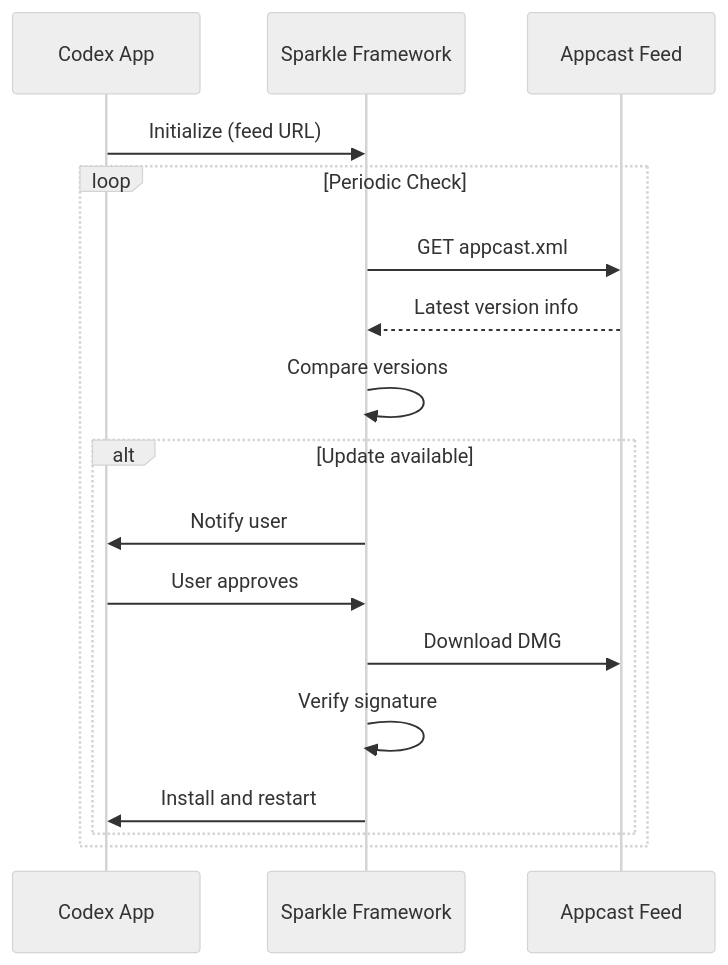
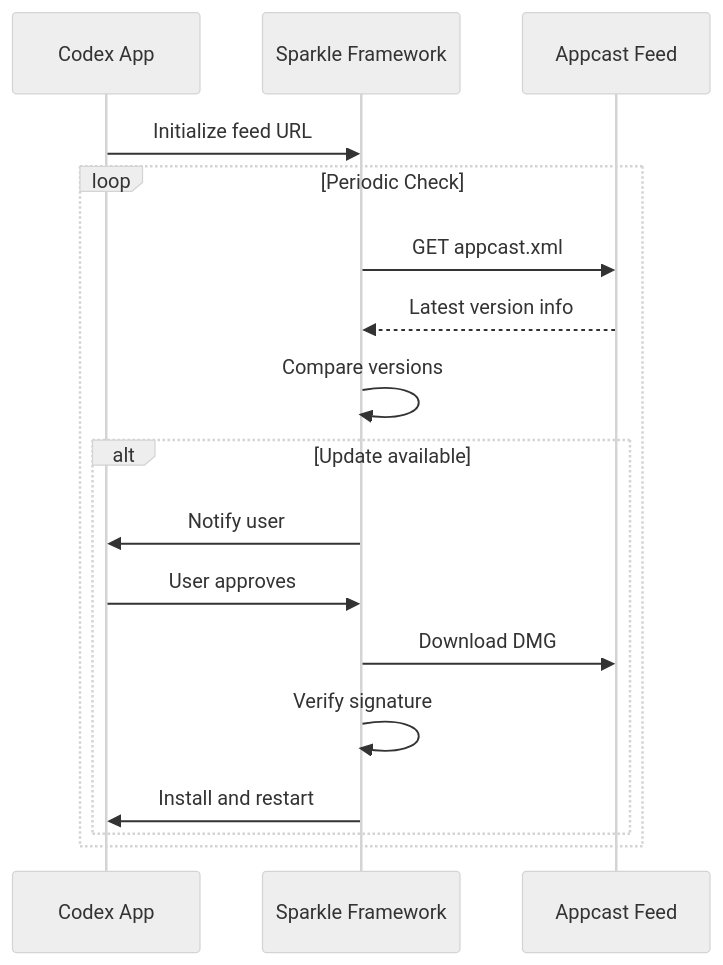
One commit to ChrisFeldmeier/codex-research changed the third of 3 diagrams in 17-build-deploy.md. Above: the diagram before and after it, drawn with Mermaid (neutral theme). The commit also changed other lines of this file and 10 other files, not shown here.

Commit message:
Refactor mermaid diagrams for improved clarity and consistency in label descriptions across various documentation files

````diff
--- a/17-build-deploy.md
+++ b/17-build-deploy.md
@@ -173,20 +173,20 @@
 ```mermaid
 sequenceDiagram
     participant App as Codex App
     participant Sparkle as Sparkle Framework
     participant Feed as Appcast Feed
 
-    App->>Sparkle: Initialize (feed URL)
+    App->>Sparkle: Initialize feed URL
     loop Periodic Check
         Sparkle->>Feed: GET appcast.xml
         Feed-->>Sparkle: Latest version info
         Sparkle->>Sparkle: Compare versions
         alt Update available
             Sparkle->>App: Notify user
             App->>Sparkle: User approves
             Sparkle->>Feed: Download DMG
             Sparkle->>Sparkle: Verify signature
             Sparkle->>App: Install and restart
         end
     end
 ```
````
